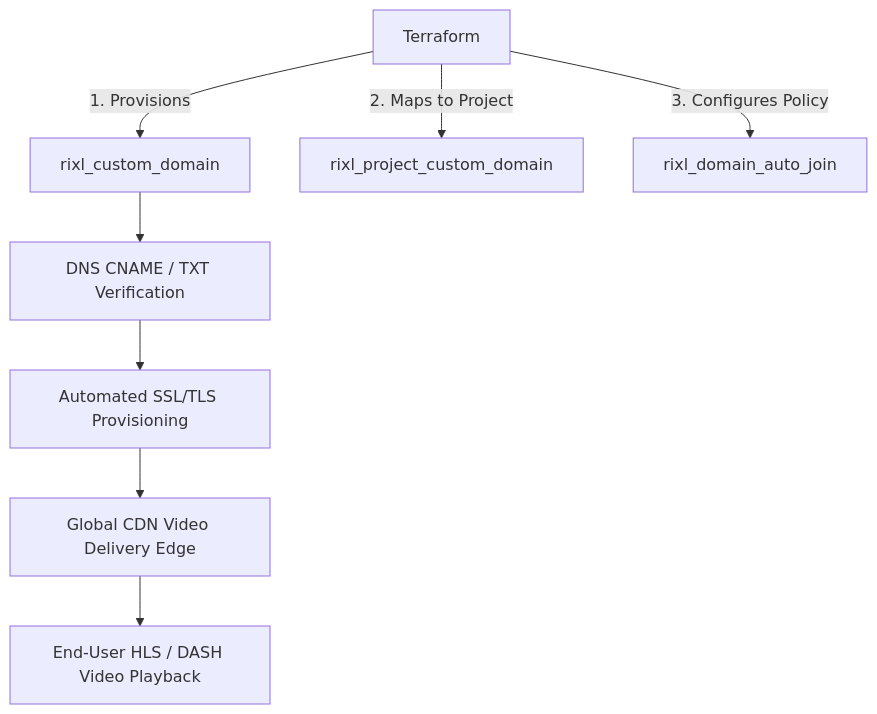
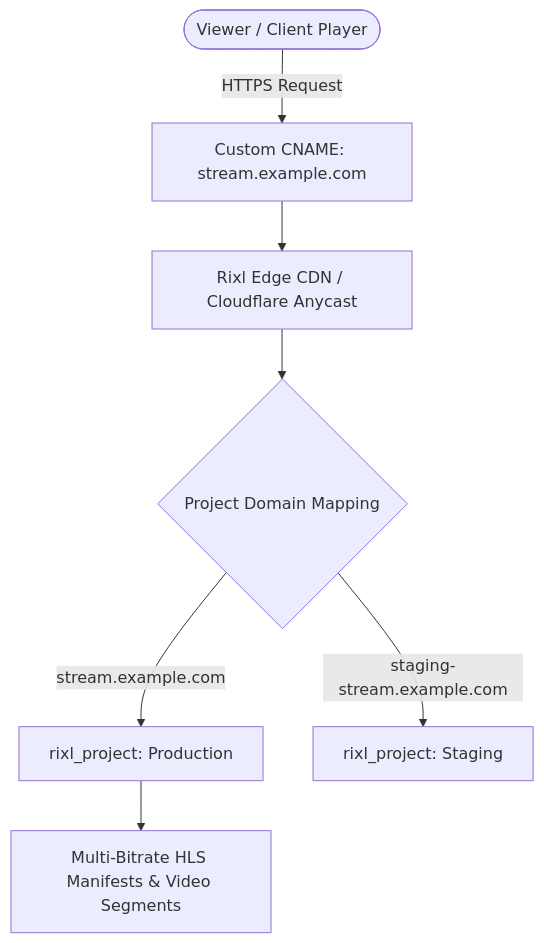
One commit to rixlhq/terraform-provider-rixl changed the diagram in templates/guides/custom-domains-and-cdn.md. Above: the diagram before and after it, drawn with Mermaid. The commit also changed other lines of this file and 20 other files, not shown here.

Commit message:
fix(docs): synchronize guide code examples, resource schemas, and cross-references (#40)

````diff
--- a/templates/guides/custom-domains-and-cdn.md
+++ b/templates/guides/custom-domains-and-cdn.md
@@ -18,11 +18,9 @@
 ```mermaid
 graph TD
-    TF[Terraform] -->|1. Provisions| Dom[rixl_custom_domain]
-    TF -->|2. Maps to Project| ProjDom[rixl_project_custom_domain]
-    TF -->|3. Configures Policy| AutoJoin[rixl_domain_auto_join]
-
-    Dom --> DNS[DNS CNAME / TXT Verification]
-    DNS --> SSL[Automated SSL/TLS Provisioning]
-    SSL --> Edge[Global CDN Video Delivery Edge]
-    Edge --> Player[End-User HLS / DASH Video Playback]
+    User([Viewer / Client Player]) -->|HTTPS Request| DNS[Custom CNAME: stream.example.com]
+    DNS --> CDN[Rixl Edge CDN / Cloudflare Anycast]
+    CDN --> ProjectRouter{Project Domain Mapping}
+    ProjectRouter -->|stream.example.com| Prod[rixl_project: Production]
+    ProjectRouter -->|staging-stream.example.com| Staging[rixl_project: Staging]
+    Prod --> HLS[Multi-Bitrate HLS Manifests & Video Segments]
 ```
````
